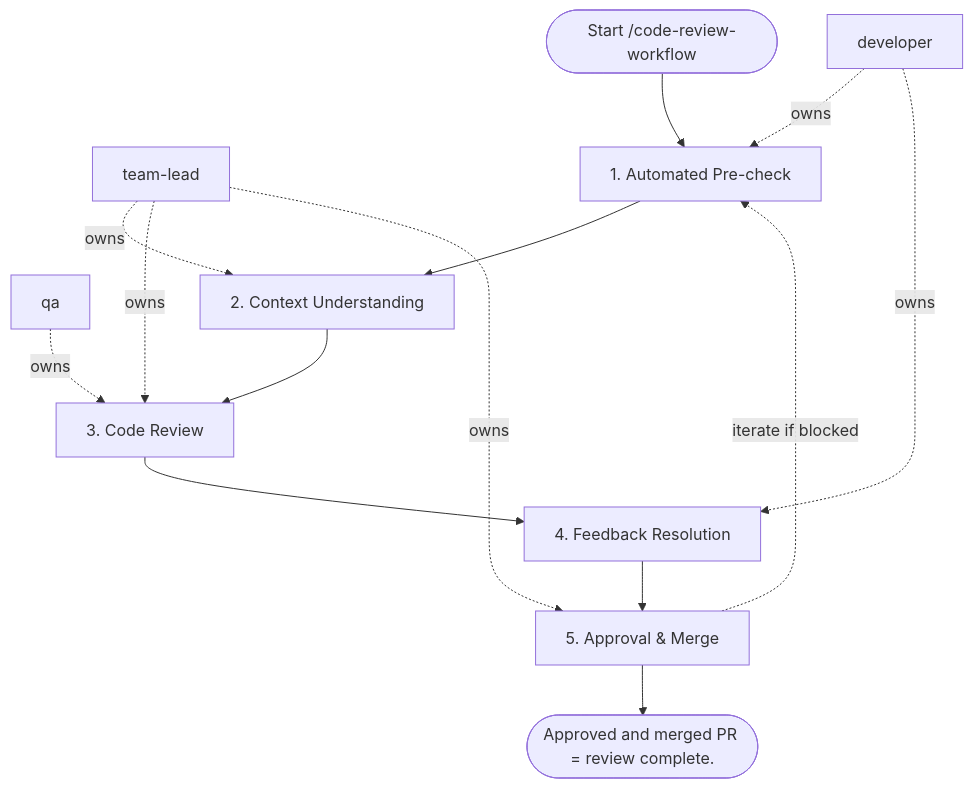
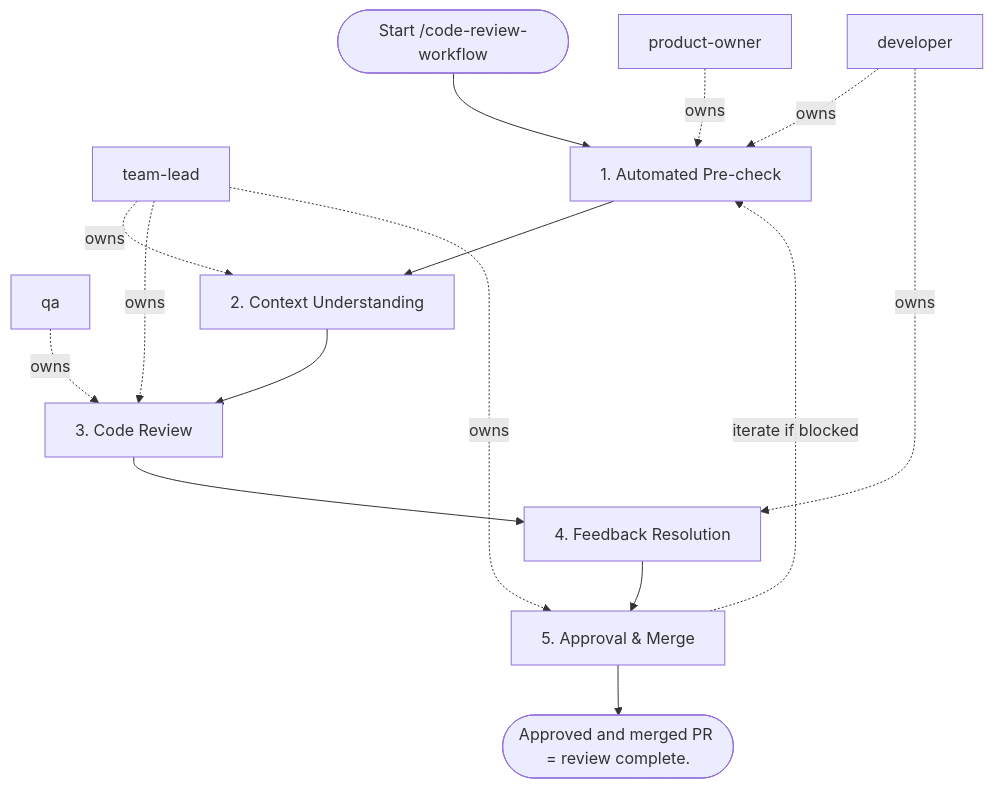
The diagram in areas/software/general/workflows/code-review-workflow.md (sawrus/agent-guides), drawn with Mermaid before and after one commit. The commit also changed other lines of this file and 76 other files, not shown here.

Commit message:
Standardize workflow product owner initiation

````diff
--- a/areas/software/general/workflows/code-review-workflow.md
+++ b/areas/software/general/workflows/code-review-workflow.md
@@ -83,26 +83,28 @@
 ```mermaid
 flowchart TD
   start(["Start /code-review-workflow"])
-  role_1["developer"]
-  role_2["team-lead"]
-  role_3["qa"]
+  role_1["product-owner"]
+  role_2["developer"]
+  role_3["team-lead"]
+  role_4["qa"]
   step_1["1. Automated Pre-check"]
   step_2["2. Context Understanding"]
   step_3["3. Code Review"]
   step_4["4. Feedback Resolution"]
   step_5["5. Approval & Merge"]
   exit(["Approved and merged PR = review complete."])
   start --> step_1
   step_1 --> step_2
   step_2 --> step_3
   step_3 --> step_4
   step_4 --> step_5
   step_5 --> exit
   role_1 -. owns .-> step_1
-  role_2 -. owns .-> step_2
-  role_2 -. owns .-> step_3
+  role_2 -. owns .-> step_1
+  role_3 -. owns .-> step_2
   role_3 -. owns .-> step_3
-  role_1 -. owns .-> step_4
-  role_2 -. owns .-> step_5
+  role_4 -. owns .-> step_3
+  role_2 -. owns .-> step_4
+  role_3 -. owns .-> step_5
   step_5 -. iterate if blocked .-> step_1
 ```
````
